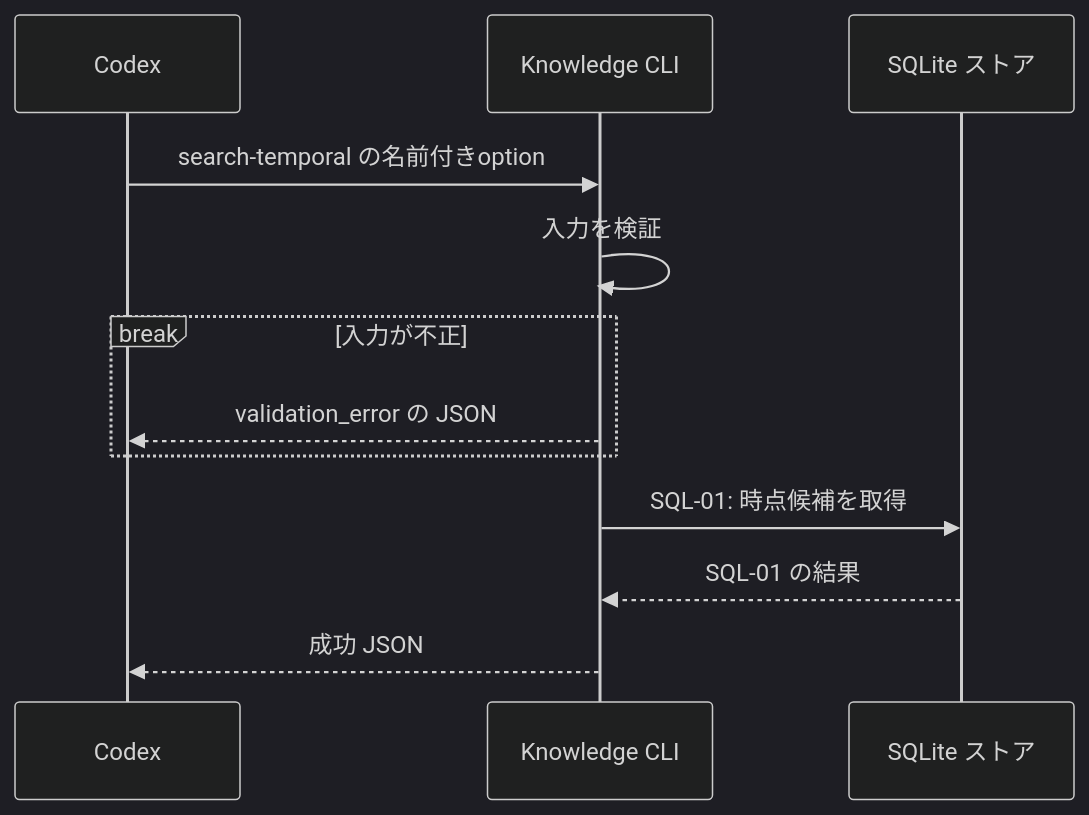
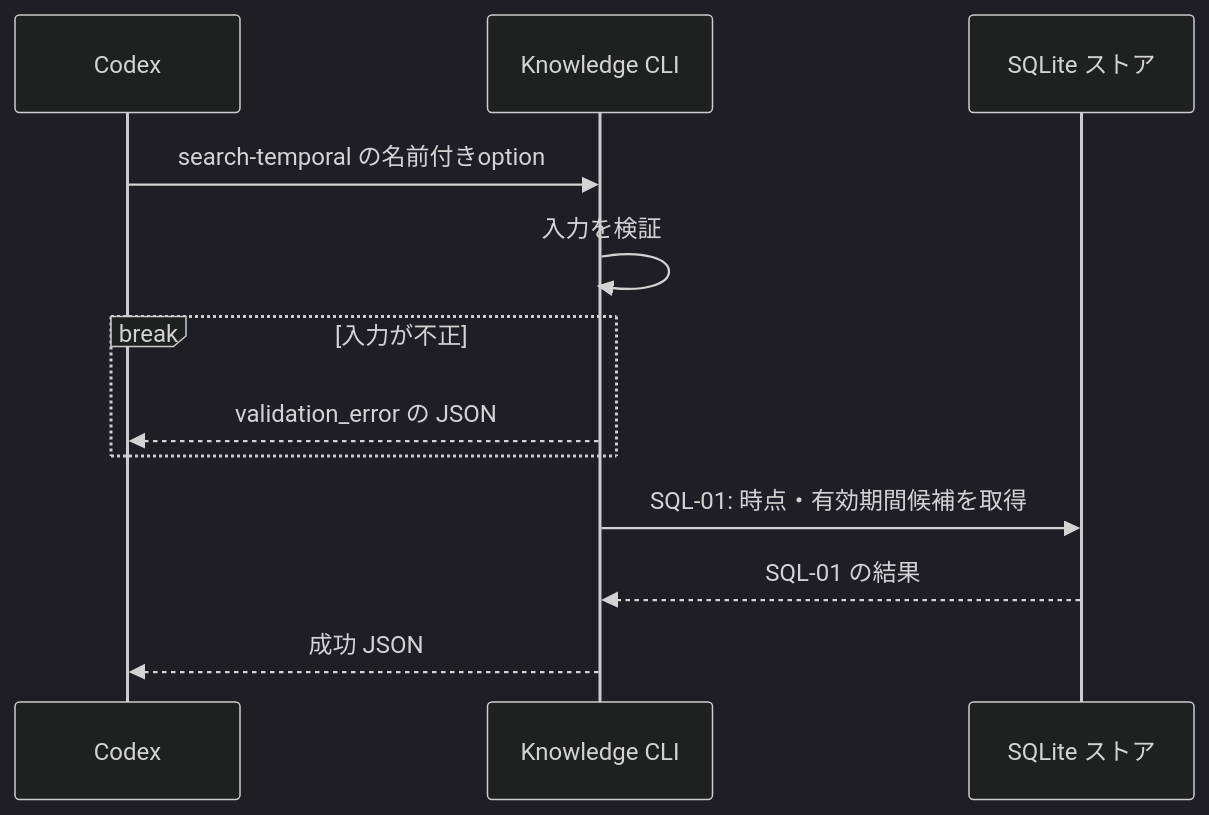
One commit to yukihito-jokyu/knowledge changed the second of 2 diagrams in documents/docs/features/FEAT-001/design/commands/search-temporal.md. Above: the diagram before and after it, drawn with Mermaid (dark theme). The commit also changed other lines of this file and 10 other files, not shown here.

Commit message:
📚 FEAT-001の設計とTaskへschema v2とsearch-temporalの仕様を反映 #181

````diff
--- a/documents/docs/features/FEAT-001/design/commands/search-temporal.md
+++ b/documents/docs/features/FEAT-001/design/commands/search-temporal.md
@@ -84,14 +89,14 @@
 ```mermaid
 sequenceDiagram
   participant C as Codex
   participant K as Knowledge CLI
   participant S as SQLite ストア
   C->>K: search-temporal の名前付きoption
   K->>K: 入力を検証
   break 入力が不正
     K-->>C: validation_error の JSON
   end
-  K->>S: SQL-01: 時点候補を取得
+  K->>S: SQL-01: 時点・有効期間候補を取得
   S-->>K: SQL-01 の結果
   K-->>C: 成功 JSON
 ```
````
